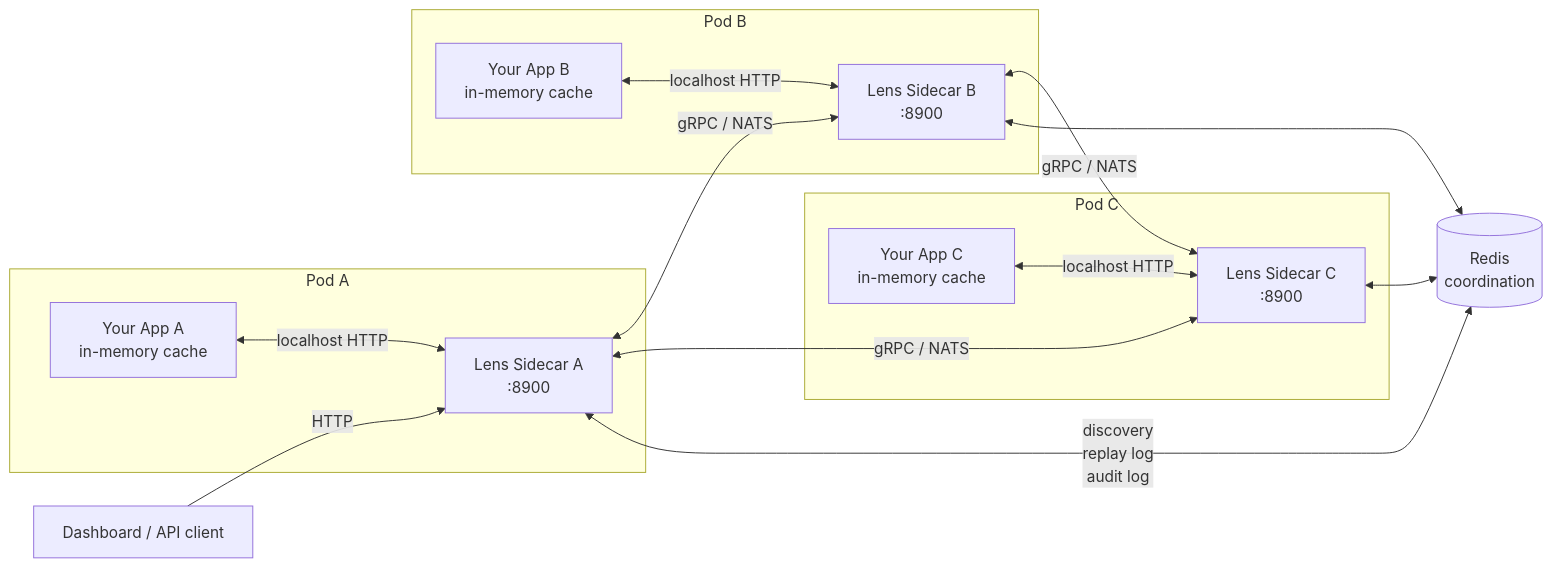
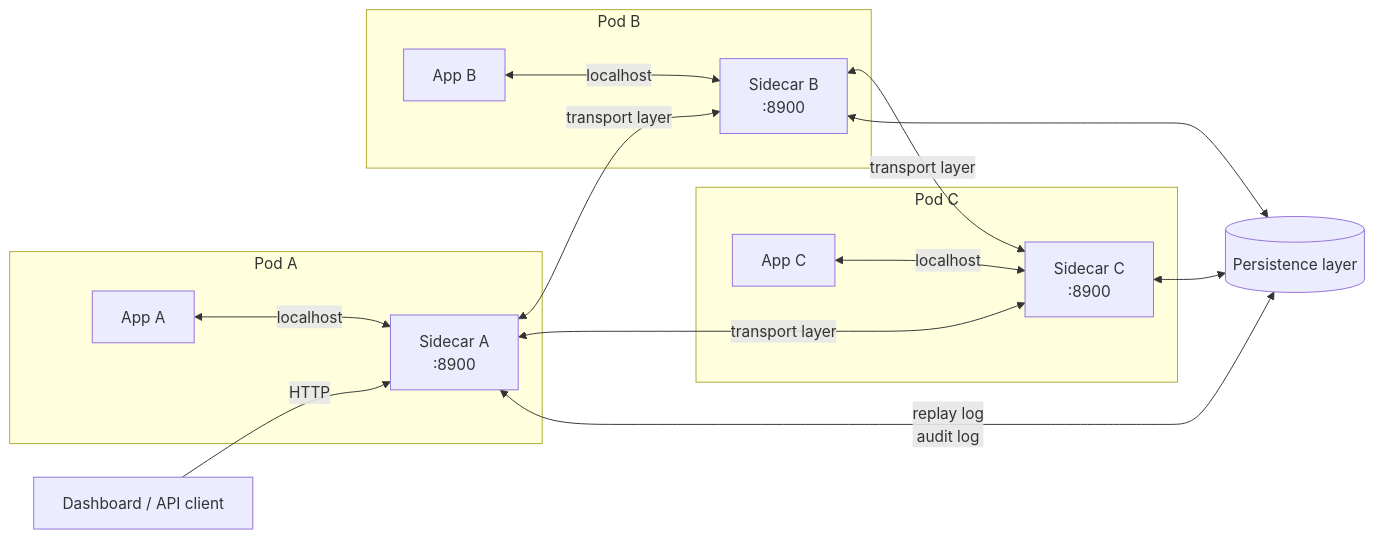
The second of 2 diagrams in README.md (Vedanshu7/lens), drawn with Mermaid before and after one commit. The commit also changed other lines of this file and 1 other file, not shown here.

Commit message:
rewrite README and CONTRIBUTING for open source: layer-first framing, full provider matrix, contributor guide

````diff
--- a/README.md
+++ b/README.md
@@ -167,32 +159,32 @@
 ```mermaid
 graph LR
     subgraph Pod A
-        AppA[Your App A\nin-memory cache]
-        SA[Lens Sidecar A\n:8900]
-        AppA <-->|localhost HTTP| SA
+        AppA[App A]
+        SA[Sidecar A\n:8900]
+        AppA <-->|localhost| SA
     end
 
     subgraph Pod B
-        AppB[Your App B\nin-memory cache]
-        SB[Lens Sidecar B\n:8900]
-        AppB <-->|localhost HTTP| SB
+        AppB[App B]
+        SB[Sidecar B\n:8900]
+        AppB <-->|localhost| SB
     end
 
     subgraph Pod C
-        AppC[Your App C\nin-memory cache]
-        SC[Lens Sidecar C\n:8900]
-        AppC <-->|localhost HTTP| SC
+        AppC[App C]
+        SC[Sidecar C\n:8900]
+        AppC <-->|localhost| SC
     end
 
-    Redis[(Redis\ncoordination)]
+    Store[(Persistence layer)]
 
-    SA <-->|gRPC / NATS| SB
-    SA <-->|gRPC / NATS| SC
-    SB <-->|gRPC / NATS| SC
+    SA <-->|transport layer| SB
+    SA <-->|transport layer| SC
+    SB <-->|transport layer| SC
 
-    SA <-->|discovery\nreplay log\naudit log| Redis
-    SB <--> Redis
-    SC <--> Redis
+    SA <-->|replay log\naudit log| Store
+    SB <--> Store
+    SC <--> Store
 
     Dashboard[Dashboard / API client] -->|HTTP| SA
 ```
````
